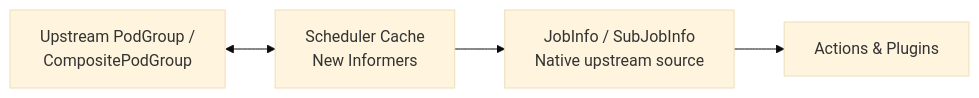
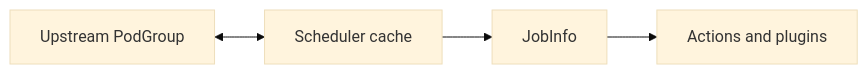
Before and after one commit to JesseStutler/volcano: diagram 13 of 13 in docs/research/k8s-workload-aware-scheduling-vs-volcano.md, drawn with Mermaid (base theme). The commit also changed other lines of this file and 1 other file, not shown here.

First line of the commit message:
docs: rewrite the upstream PodGroup comparison for readability

````diff
--- a/docs/research/k8s-workload-aware-scheduling-vs-volcano.md
+++ b/docs/research/k8s-workload-aware-scheduling-vs-volcano.md
@@ -568,11 +542,10 @@
 ```mermaid
 flowchart LR
-    UB["Upstream PodGroup /<br/>CompositePodGroup"]
-    CB["Scheduler Cache<br/>New Informers"]
-    JB["JobInfo / SubJobInfo<br/>Native upstream source"]
-    SB["Actions & Plugins"]
-
+    UB["Upstream PodGroup"]
+    CB["Scheduler cache"]
+    JB["JobInfo"]
+    SB["Actions and plugins"]
     UB <--> CB
     CB --> JB
     JB --> SB
 ```
````
